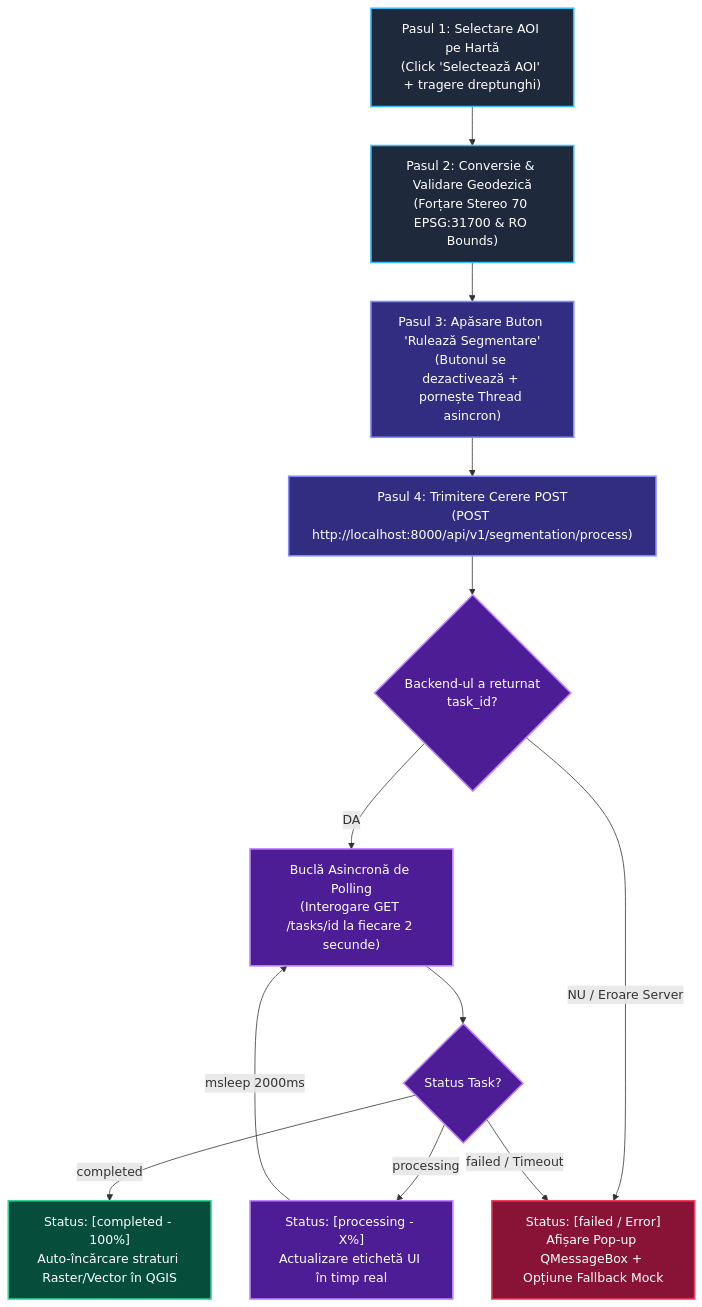
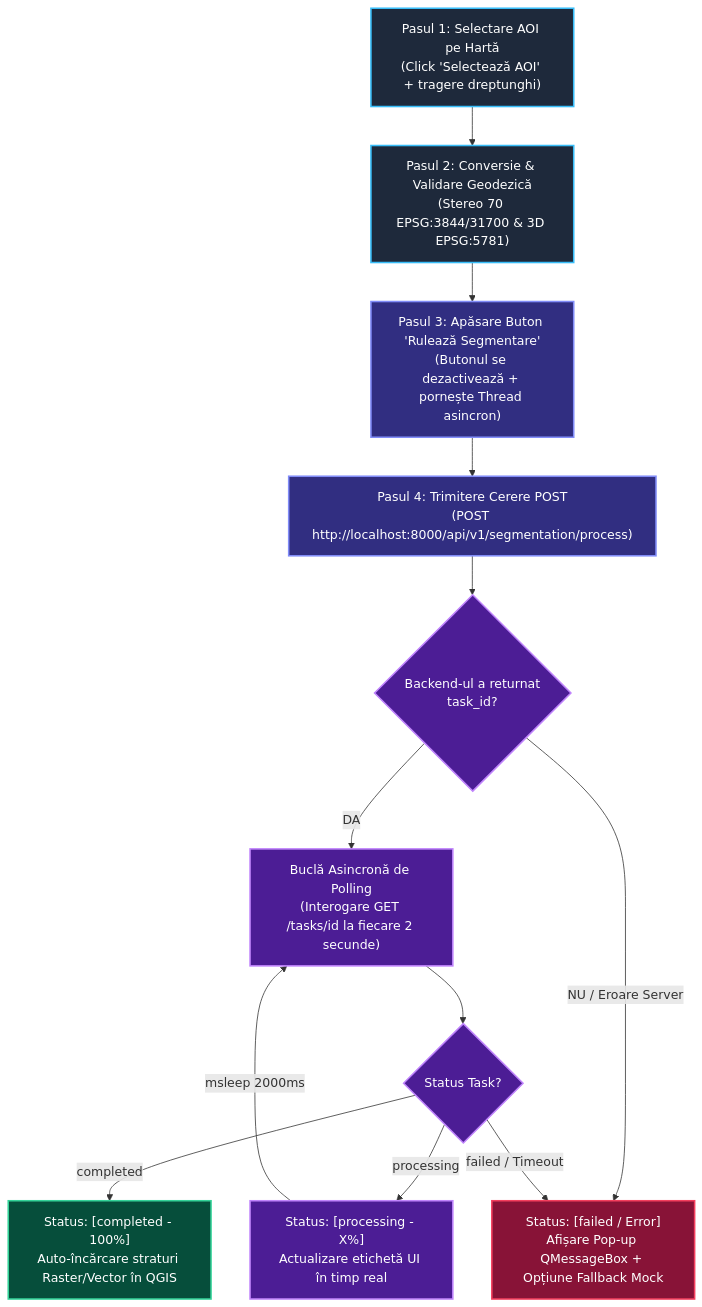
The second of 3 diagrams in docs/readme.md (lefterpatrickandrei-sketch/StratumRO-QGIS), drawn with Mermaid before and after one commit. The commit also changed other lines of this file, not shown here.

Commit message:
docs: actualizare diagrame, exemple cod, TOC si contract API pentru Stereo 70 dual si 3D Marea Neagra

````diff
--- a/docs/readme.md
+++ b/docs/readme.md
@@ -647,43 +659,43 @@
 ```mermaid
 flowchart TD
     classDef stepStart fill:#1e293b,stroke:#38bdf8,stroke-width:2px,color:#fff;
     classDef stepAction fill:#312e81,stroke:#818cf8,stroke-width:2px,color:#fff;
     classDef stepLoop fill:#4c1d95,stroke:#c084fc,stroke-width:2px,color:#fff;
     classDef stepDone fill:#064e3b,stroke:#34d399,stroke-width:2px,color:#fff;
     classDef stepErr fill:#881337,stroke:#f43f5e,stroke-width:2px,color:#fff;
 
     P1["Pasul 1: Selectare AOI pe Hartă<br/>(Click 'Selectează AOI' + tragere dreptunghi)"]
-    P2["Pasul 2: Conversie & Validare Geodezică<br/>(Forțare Stereo 70 EPSG:31700 & RO Bounds)"]
+    P2["Pasul 2: Conversie & Validare Geodezică<br/>(Stereo 70 EPSG:3844/31700 & 3D EPSG:5781)"]
     P3["Pasul 3: Apăsare Buton 'Rulează Segmentare'<br/>(Butonul se dezactivează + pornește Thread asincron)"]
     P4["Pasul 4: Trimitere Cerere POST<br/>(POST http://localhost:8000/api/v1/segmentation/process)"]
     
     P5{"Backend-ul a returnat<br/>task_id?"}
     
     P6["Buclă Asincronă de Polling<br/>(Interogare GET /tasks/id la fiecare 2 secunde)"]
     
     P7{"Status Task?"}
     
     P8["Status: [processing - X%]<br/>Actualizare etichetă UI în timp real"]
     P9["Status: [completed - 100%]<br/>Auto-încărcare straturi Raster/Vector în QGIS"]
     P10["Status: [failed / Error]<br/>Afișare Pop-up QMessageBox + Opțiune Fallback Mock"]
 
     P1 --> P2
     P2 --> P3
     P3 --> P4
     P4 --> P5
     
     P5 -->|DA| P6
     P5 -->|NU / Eroare Server| P10
     
     P6 --> P7
     P7 -->|processing| P8
     P8 -->|msleep 2000ms| P6
     P7 -->|completed| P9
     P7 -->|failed / Timeout| P10
 
     class P1,P2 stepStart;
     class P3,P4 stepAction;
     class P5,P6,P7,P8 stepLoop;
     class P9 stepDone;
     class P10 stepErr;
 ```
````
